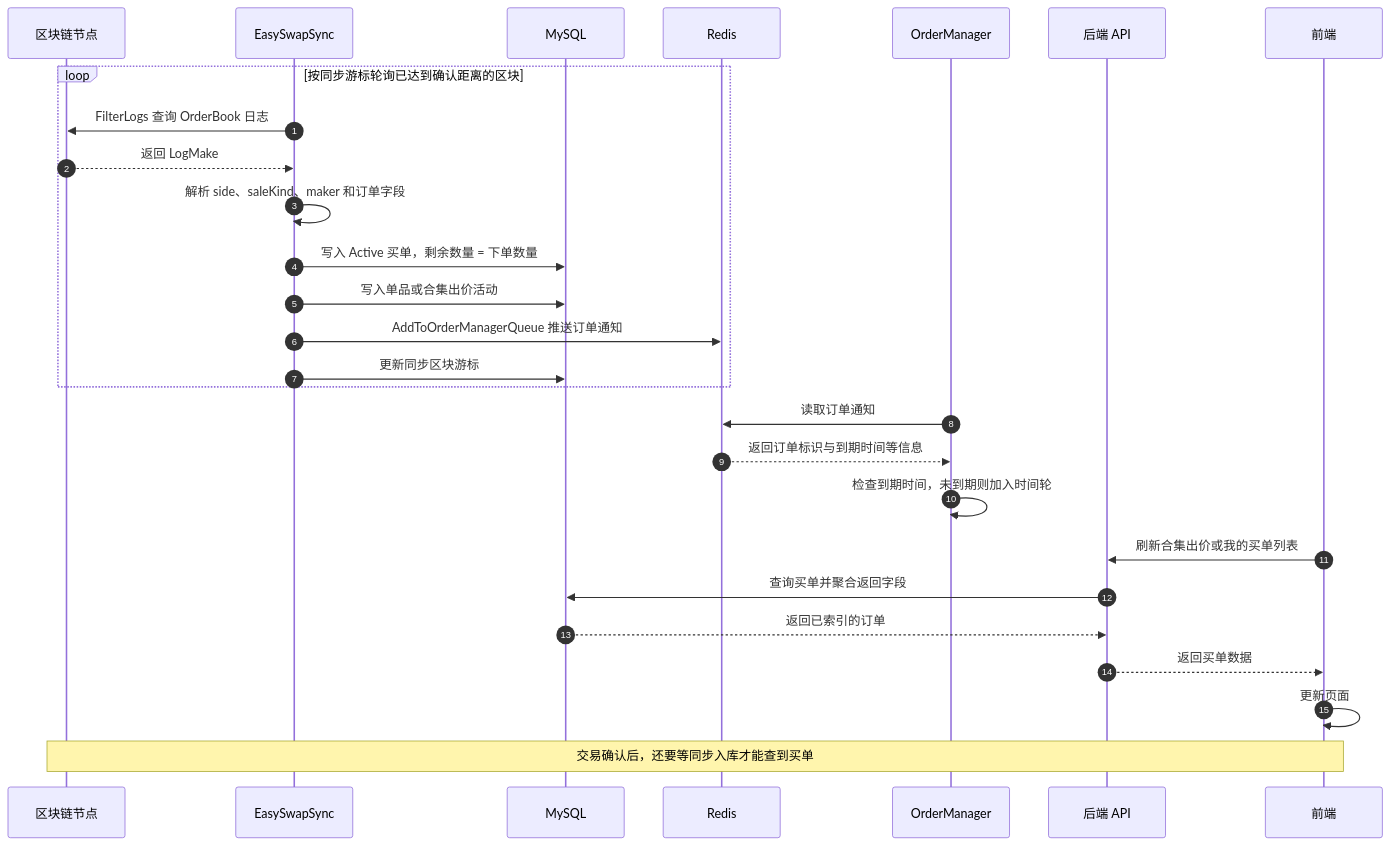
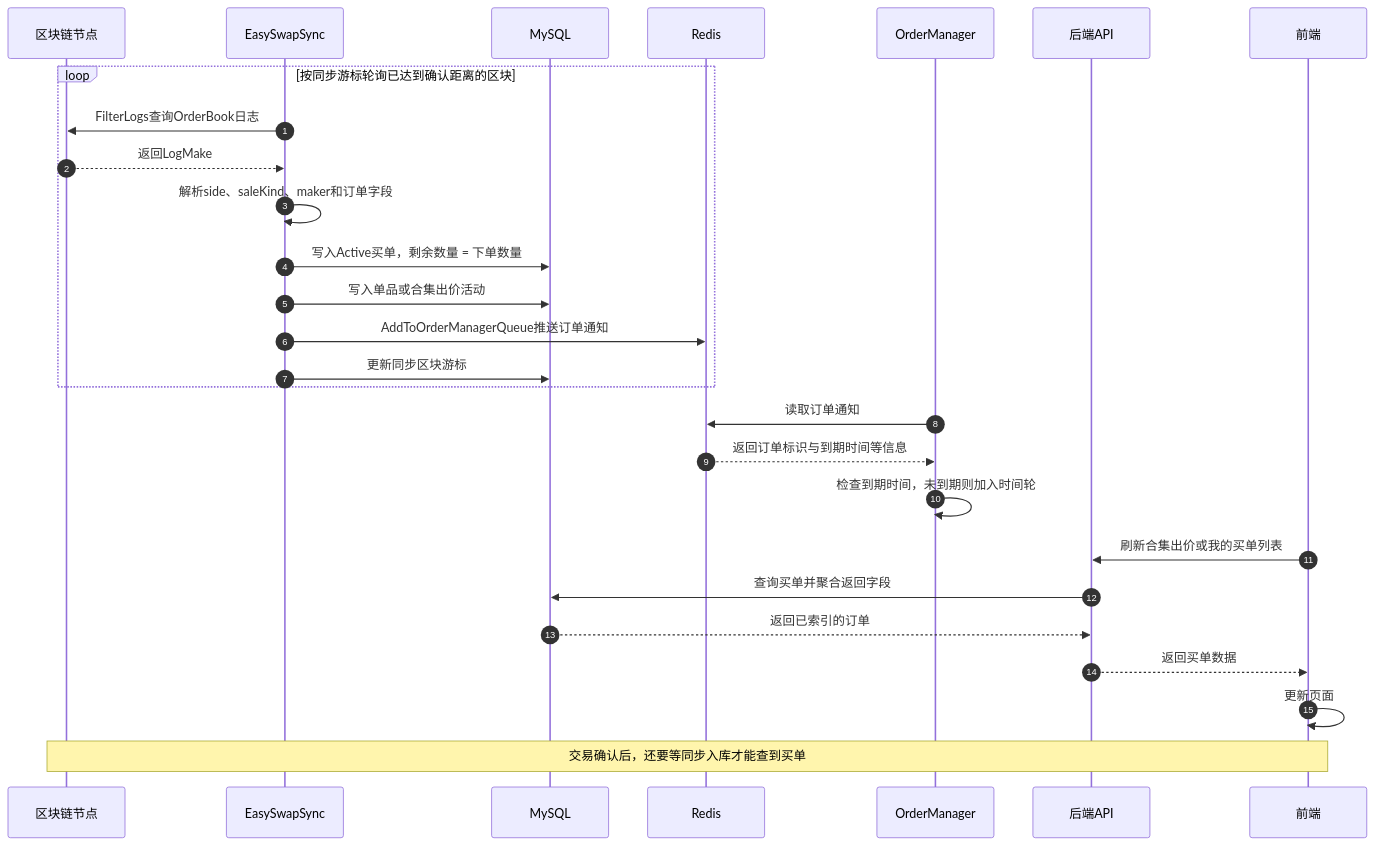
Before and after one commit to zane868/NFTMarket_study: the third of 8 diagrams in docs/学习总结.md, drawn with Mermaid. The commit also changed other lines of this file, not shown here.

````diff
--- a/docs/学习总结.md
+++ b/docs/学习总结.md
@@ -107,33 +115,33 @@
 ```mermaid
 sequenceDiagram
     autonumber
     participant RPC as 区块链节点
     participant Sync as EasySwapSync
     participant DB as MySQL
     participant Redis as Redis
     participant Manager as OrderManager
-    participant API as 后端 API
+    participant API as 后端API
     participant FE as 前端
 
     loop 按同步游标轮询已达到确认距离的区块
-        Sync->>RPC: FilterLogs 查询 OrderBook 日志
-        RPC-->>Sync: 返回 LogMake
-        Sync->>Sync: 解析 side、saleKind、maker 和订单字段
-        Sync->>DB: 写入 Active 买单，剩余数量 = 下单数量
+        Sync->>RPC: FilterLogs查询OrderBook日志
+        RPC-->>Sync: 返回LogMake
+        Sync->>Sync: 解析side、saleKind、maker和订单字段
+        Sync->>DB: 写入Active买单，剩余数量 = 下单数量
         Sync->>DB: 写入单品或合集出价活动
-        Sync->>Redis: AddToOrderManagerQueue 推送订单通知
+        Sync->>Redis: AddToOrderManagerQueue推送订单通知
         Sync->>DB: 更新同步区块游标
     end
 
     Manager->>Redis: 读取订单通知
     Redis-->>Manager: 返回订单标识与到期时间等信息
     Manager->>Manager: 检查到期时间，未到期则加入时间轮
 
     FE->>API: 刷新合集出价或我的买单列表
     API->>DB: 查询买单并聚合返回字段
     DB-->>API: 返回已索引的订单
     API-->>FE: 返回买单数据
     FE->>FE: 更新页面
 
     Note over RPC,FE: 交易确认后，还要等同步入库才能查到买单
 ```
````
